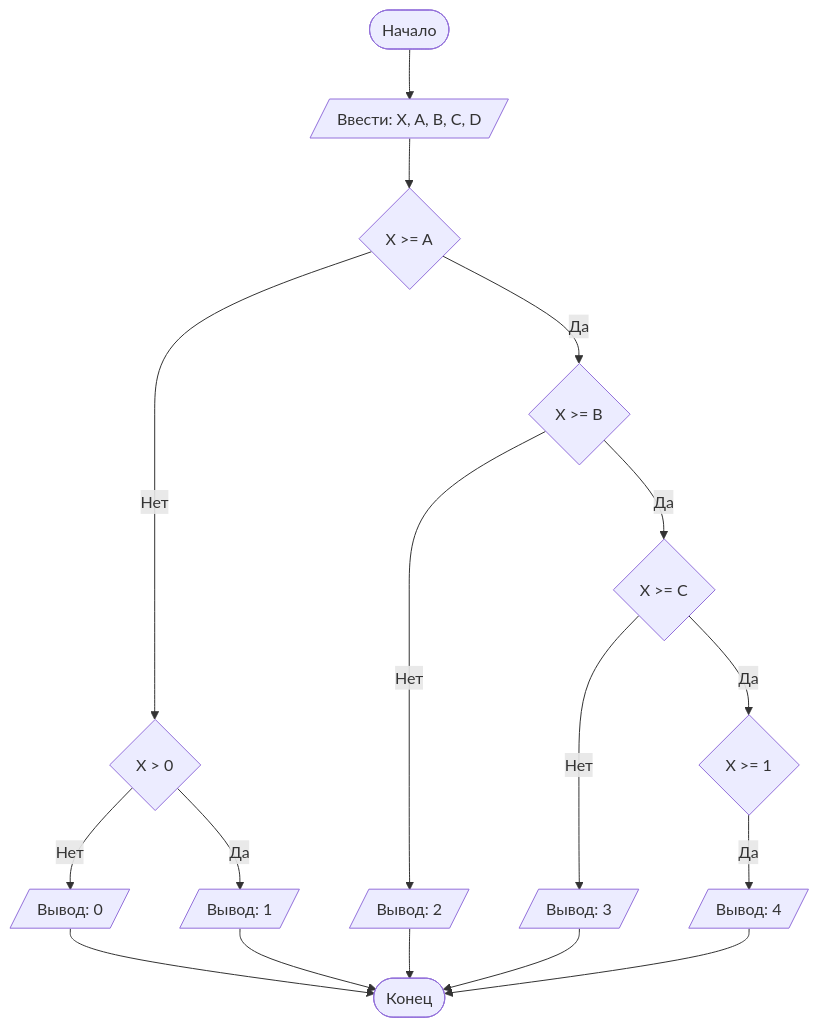
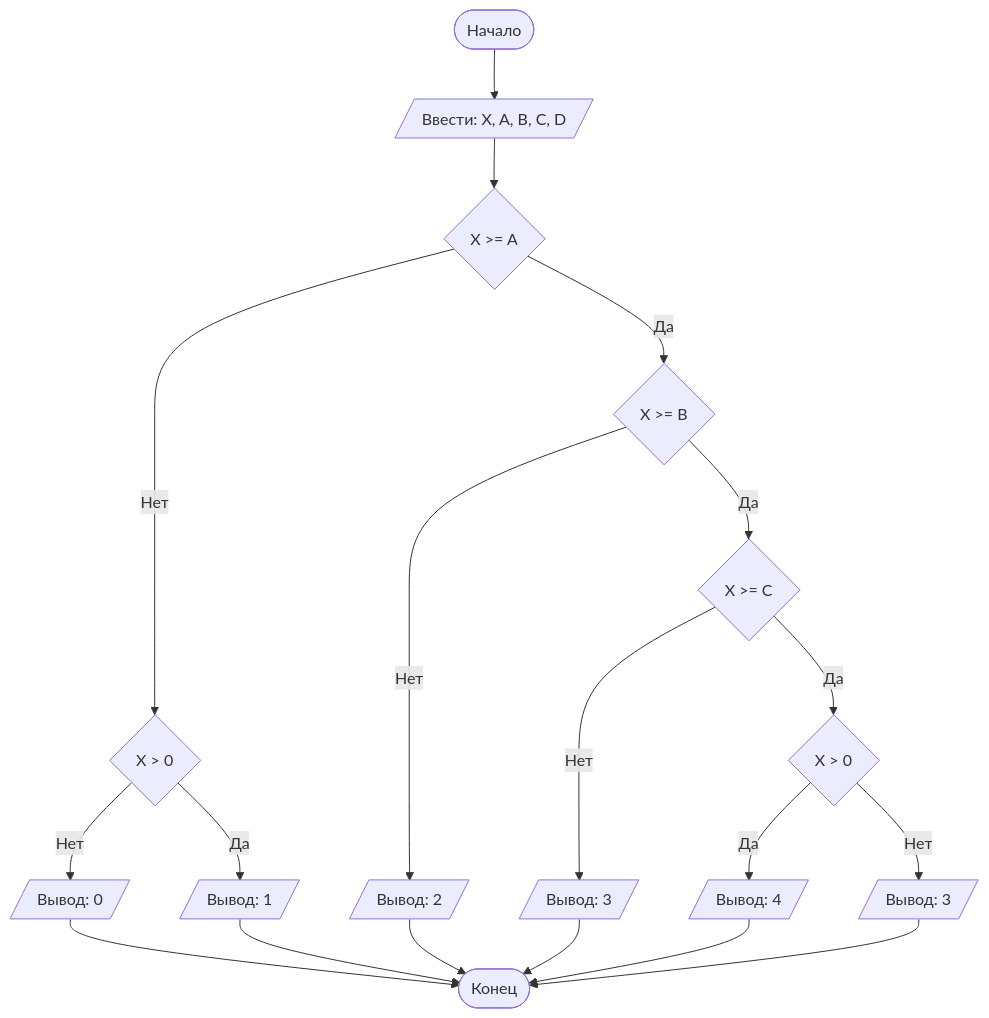
Before and after one commit to abchaccccc/LabNumber1: the diagram in README.md, drawn with Mermaid. The commit also changed other lines of this file, not shown here.

````diff
--- a/README.md
+++ b/README.md
@@ -95,21 +95,23 @@
 ```mermaid
 graph TD
     A([Начало]) --> B[/Ввести: X, A, B, C, D/]
     B --> C{X >= A}
     C -- Нет --> D{X > 0}
     D -- Нет --> M[/Вывод: 0/]
     D -- Да --> N[/Вывод: 1/]
     C -- Да --> E{X >= B}
     E -- Нет --> F[/Вывод: 2/]
     E -- Да --> G{X >= C}
     G -- Нет --> H[/Вывод: 3/]
-    G -- Да --> I{X >= 1}
+    G -- Да --> I{X > 0}
     I -- Да --> J[/Вывод: 4/]
+    I -- Нет --> X[/Вывод: 3/]
+    X --> Z
     M --> Z
     N --> Z
     F --> Z
     H --> Z
     J --> Z([Конец])
     
 
 ```
````
